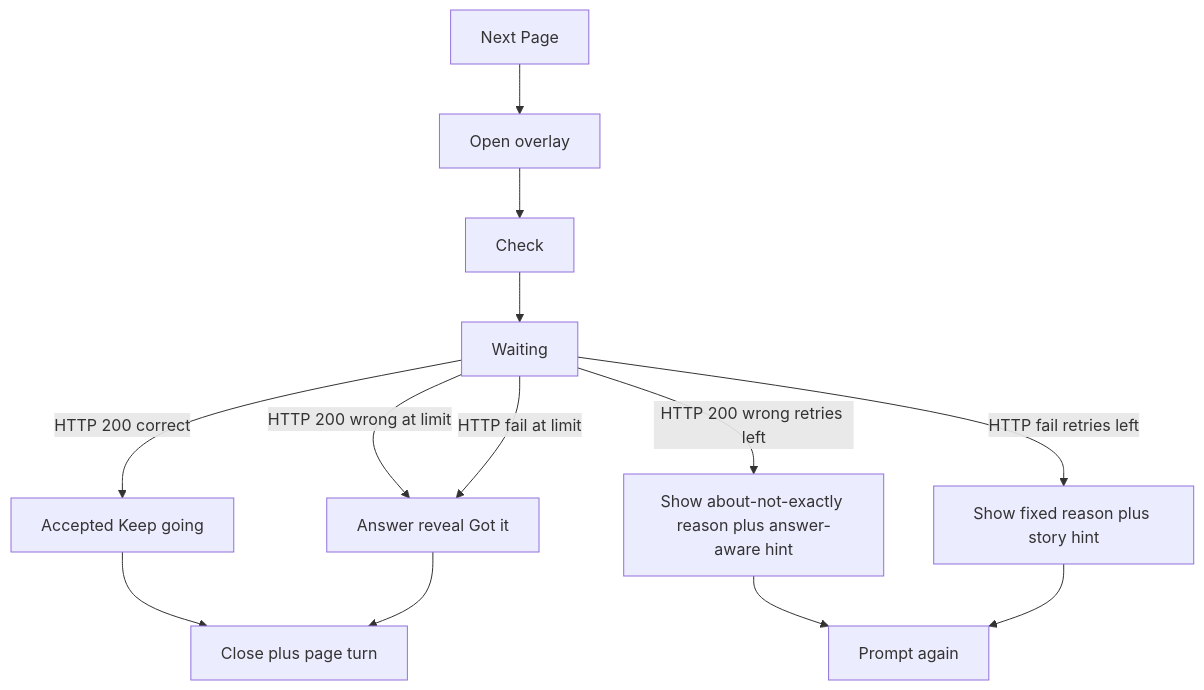
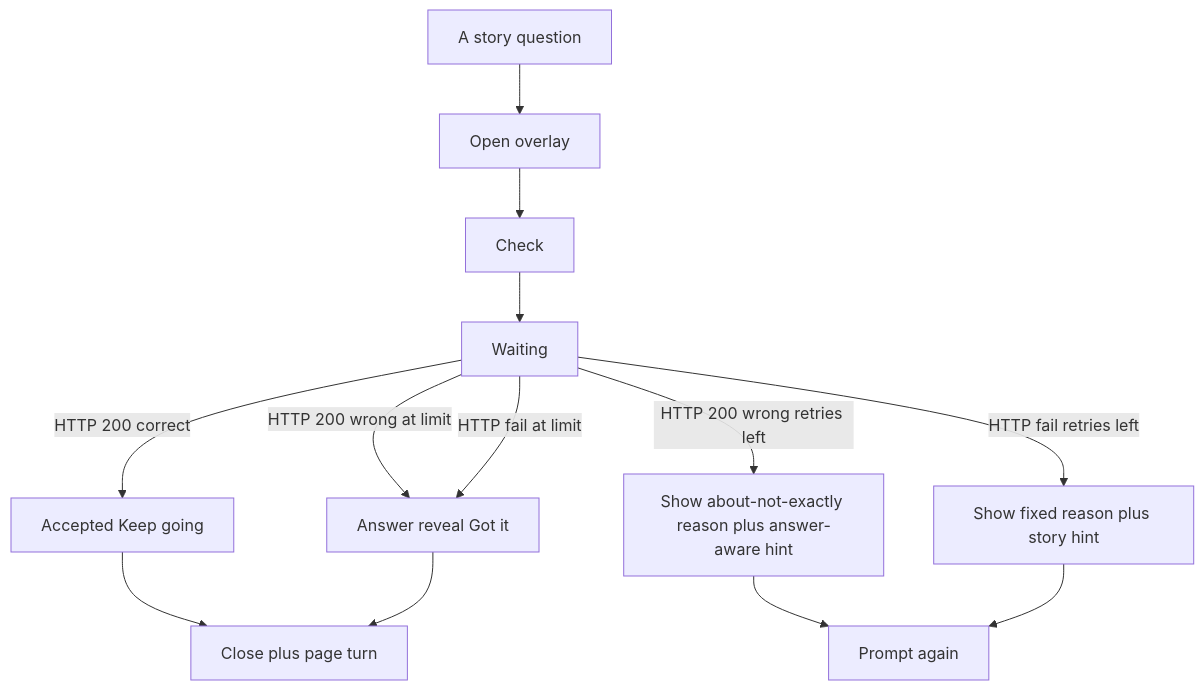
Before and after one commit to niksonndev/nerdy-story: the third of 4 diagrams in docs/story-navigation.md, drawn with Mermaid. The commit also changed other lines of this file and 8 other files, not shown here.

First line of the commit message:
docs: record one visible next-action cue per story state

````diff
--- a/docs/story-navigation.md
+++ b/docs/story-navigation.md
@@ -94,21 +96,21 @@
 ```mermaid
 flowchart TD
-  nextClick[Next Page]
+  nextClick[A story question]
   open[Open overlay]
   check[Check]
   wait[Waiting]
   accepted[Accepted Keep going]
   gradeHint[Show about-not-exactly reason plus answer-aware hint]
   transportFallback[Show fixed reason plus story hint]
   reveal[Answer reveal Got it]
   prompt[Prompt again]
   advance[Close plus page turn]
   nextClick --> open --> check --> wait
   wait -->|HTTP 200 correct| accepted --> advance
   wait -->|HTTP 200 wrong retries left| gradeHint
   wait -->|HTTP 200 wrong at limit| reveal --> advance
   wait -->|HTTP fail retries left| transportFallback
   wait -->|HTTP fail at limit| reveal
   gradeHint --> prompt
   transportFallback --> prompt
 ```
````
